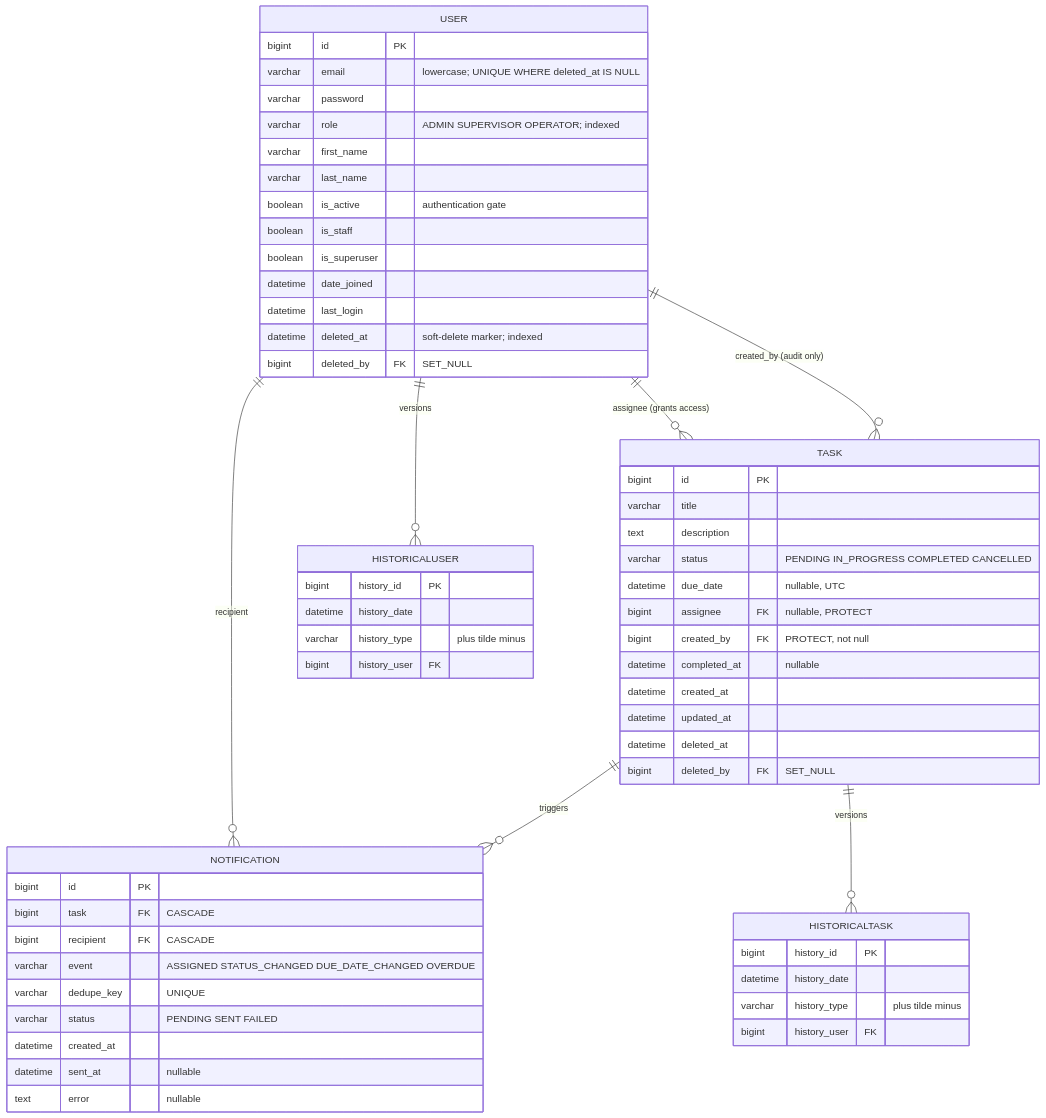
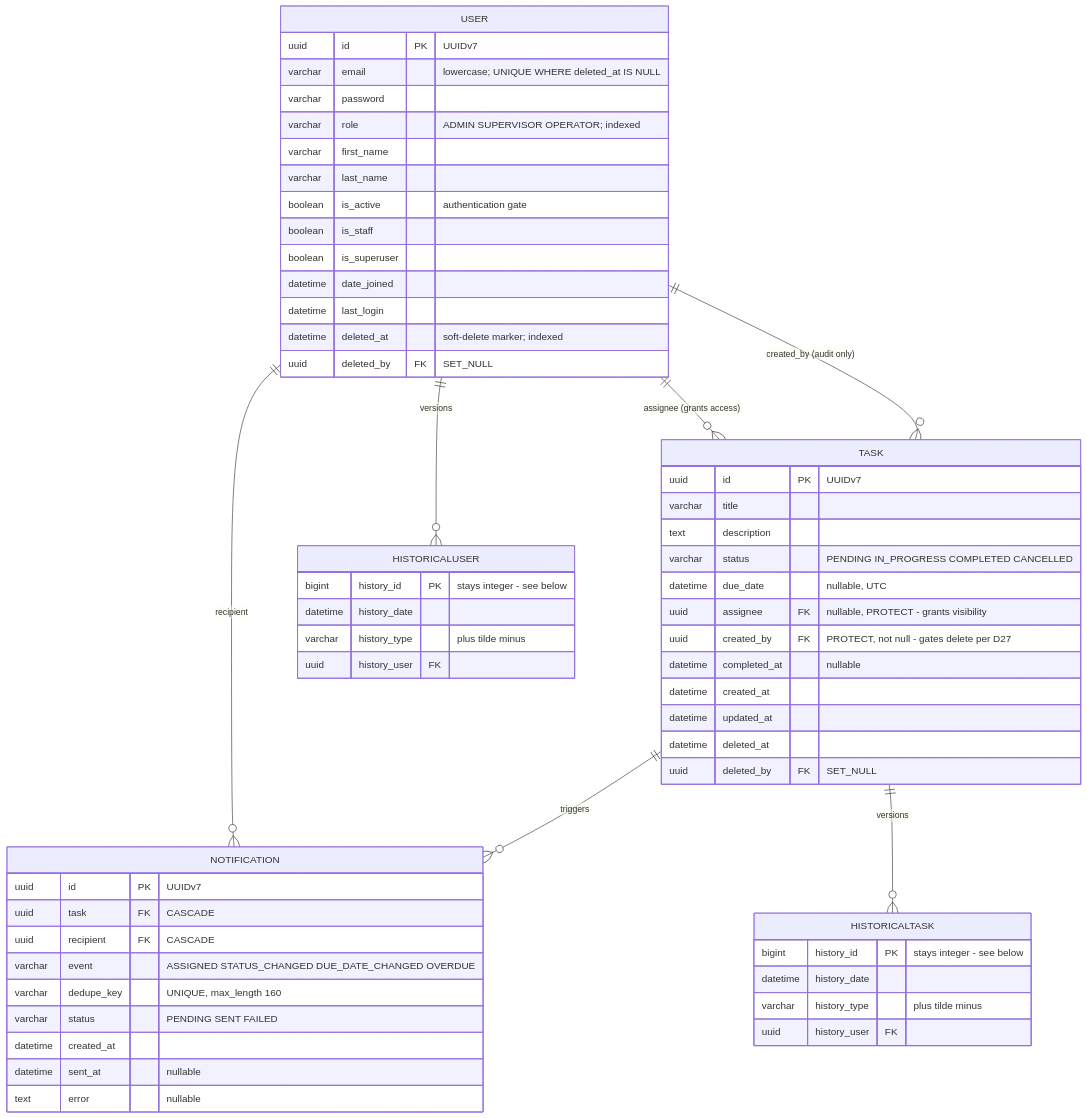
Before and after one commit to ivanmviveros/TaskManagementSystem: the second of 5 diagrams in docs/superpowers/specs/2026-10-05-task-management-system-design.md, drawn with Mermaid. The commit also changed other lines of this file and 1 other file, not shown here.

First line of the commit message:
docs: restrict operator delete, restore repository layer, adopt UUIDv7

````diff
--- a/docs/superpowers/specs/2026-10-05-task-management-system-design.md
+++ b/docs/superpowers/specs/2026-10-05-task-management-system-design.md
@@ -257,66 +286,66 @@
 ```mermaid
 erDiagram
     USER ||--o{ TASK : "created_by (audit only)"
     USER ||--o{ TASK : "assignee (grants access)"
     TASK ||--o{ NOTIFICATION : "triggers"
     USER ||--o{ NOTIFICATION : "recipient"
     USER ||--o{ HISTORICALUSER : "versions"
     TASK ||--o{ HISTORICALTASK : "versions"
 
     USER {
-        bigint id PK
+        uuid id PK "UUIDv7"
         varchar email "lowercase; UNIQUE WHERE deleted_at IS NULL"
         varchar password
         varchar role "ADMIN SUPERVISOR OPERATOR; indexed"
         varchar first_name
         varchar last_name
         boolean is_active "authentication gate"
         boolean is_staff
         boolean is_superuser
         datetime date_joined
         datetime last_login
         datetime deleted_at "soft-delete marker; indexed"
-        bigint deleted_by FK "SET_NULL"
+        uuid deleted_by FK "SET_NULL"
     }
 
     TASK {
-        bigint id PK
+        uuid id PK "UUIDv7"
         varchar title
         text description
         varchar status "PENDING IN_PROGRESS COMPLETED CANCELLED"
         datetime due_date "nullable, UTC"
-        bigint assignee FK "nullable, PROTECT"
-        bigint created_by FK "PROTECT, not null"
+        uuid assignee FK "nullable, PROTECT - grants visibility"
+        uuid created_by FK "PROTECT, not null - gates delete per D27"
         datetime completed_at "nullable"
         datetime created_at
         datetime updated_at
         datetime deleted_at
-        bigint deleted_by FK "SET_NULL"
+        uuid deleted_by FK "SET_NULL"
     }
 
     NOTIFICATION {
-        bigint id PK
-        bigint task FK "CASCADE"
-        bigint recipient FK "CASCADE"
+        uuid id PK "UUIDv7"
+        uuid task FK "CASCADE"
+        uuid recipient FK "CASCADE"
         varchar event "ASSIGNED STATUS_CHANGED DUE_DATE_CHANGED OVERDUE"
-        varchar dedupe_key "UNIQUE"
+        varchar dedupe_key "UNIQUE, max_length 160"
         varchar status "PENDING SENT FAILED"
         datetime created_at
         datetime sent_at "nullable"
         text error "nullable"
     }
 
     HISTORICALUSER {
-        bigint history_id PK
+        bigint history_id PK "stays integer - see below"
         datetime history_date
         varchar history_type "plus tilde minus"
-        bigint history_user FK
+        uuid history_user FK
     }
 
     HISTORICALTASK {
-        bigint history_id PK
+        bigint history_id PK "stays integer - see below"
         datetime history_date
         varchar history_type "plus tilde minus"
-        bigint history_user FK
+        uuid history_user FK
     }
 ```
````
